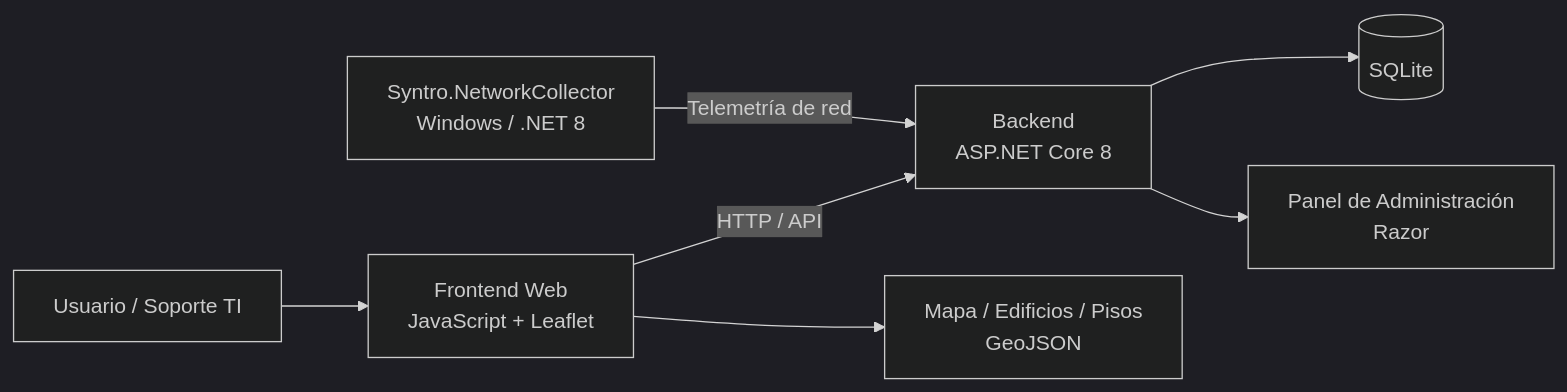
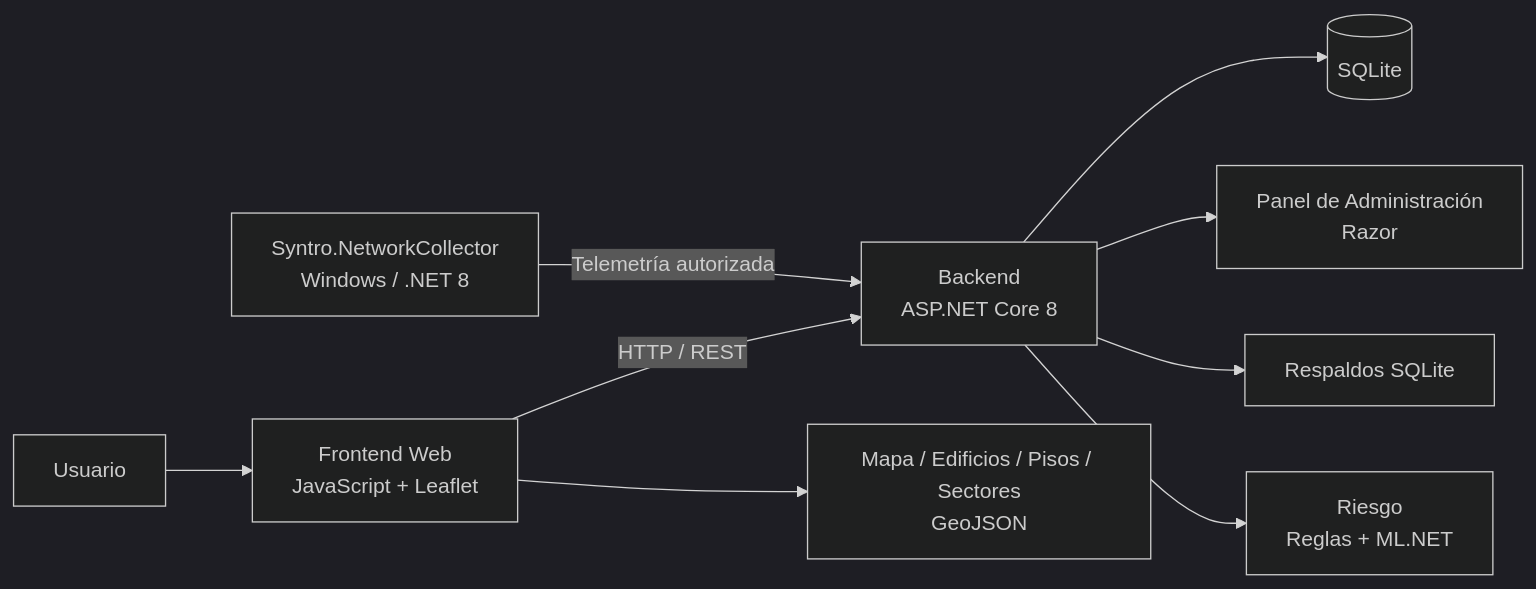
Before and after one commit to raptor-girl/Capstone: the diagram in README.md, drawn with Mermaid (dark theme). The commit also changed other lines of this file and 37 other files, not shown here.

````diff
--- a/README.md
+++ b/README.md
@@ -100,14 +155,15 @@
 ```mermaid
 flowchart LR
-    U[Usuario / Soporte TI] --> F[Frontend Web<br/>JavaScript + Leaflet]
+    U[Usuario] --> F[Frontend Web<br/>JavaScript + Leaflet]
 
-    F -->|HTTP / API| B[Backend<br/>ASP.NET Core 8]
+    F -->|HTTP / REST| B[Backend<br/>ASP.NET Core 8]
 
     B --> DB[(SQLite)]
+    B --> A[Panel de Administración<br/>Razor]
+    B --> BK[Respaldos SQLite]
+    B --> R[Riesgo<br/>Reglas + ML.NET]
 
-    C[Syntro.NetworkCollector<br/>Windows / .NET 8] -->|Telemetría de red| B
+    C[Syntro.NetworkCollector<br/>Windows / .NET 8] -->|Telemetría autorizada| B
 
-    B --> A[Panel de Administración<br/>Razor]
-
-    F --> M[Mapa / Edificios / Pisos<br/>GeoJSON]
+    F --> M[Mapa / Edificios / Pisos / Sectores<br/>GeoJSON]
 ```
````
